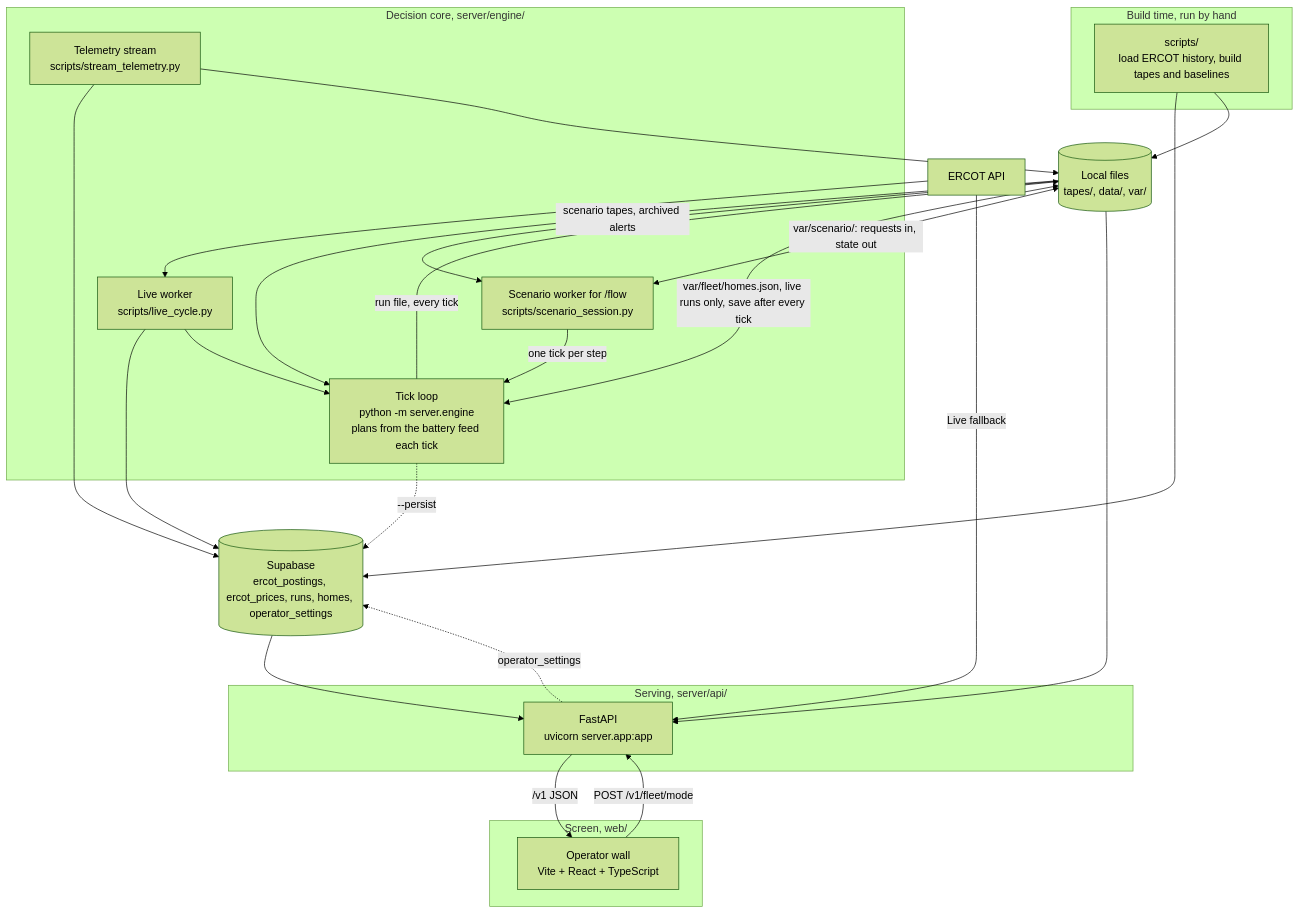
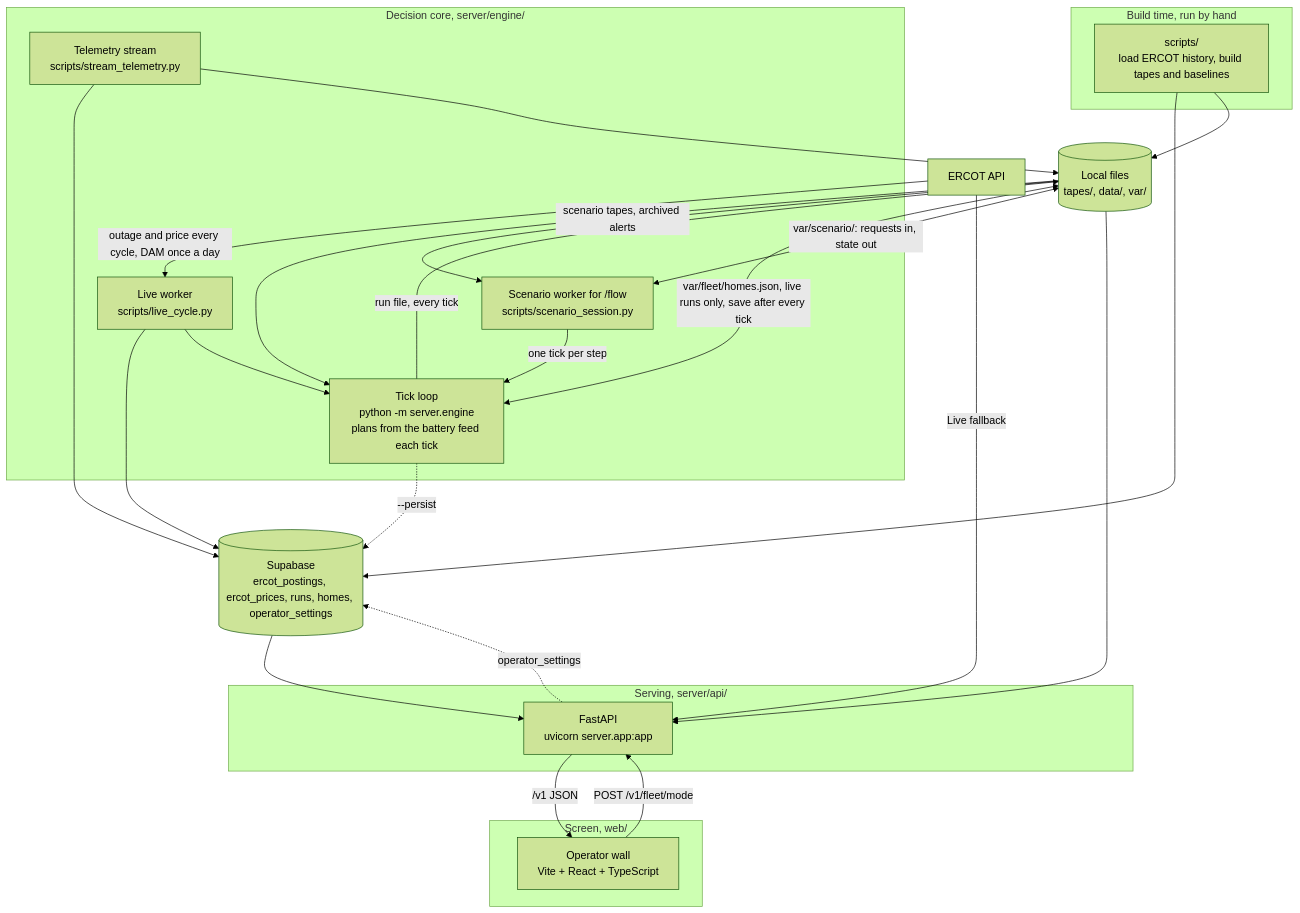
One commit to yeruvamaheswar/storm-prep-signal changed the second of 3 diagrams in docs/agents/system-design.md. Above: the diagram before and after it, drawn with Mermaid (forest theme). The commit also changed other lines of this file and 97 other files, not shown here.

First line of the commit message:
Charge in the cheapest ERCOT day-ahead hours; retire JEV

````diff
--- a/docs/agents/system-design.md
+++ b/docs/agents/system-design.md
@@ -72,46 +71,46 @@
 ```mermaid
 flowchart TB
   subgraph offline["Build time, run by hand"]
     SCRIPTS["scripts/<br/>load ERCOT history, build tapes and baselines"]
   end
 
   subgraph core["Decision core, server/engine/"]
     ENGINE["Tick loop<br/>python -m server.engine<br/>plans from the battery feed each tick"]
     WORKER["Live worker<br/>scripts/live_cycle.py"]
     STREAM["Telemetry stream<br/>scripts/stream_telemetry.py"]
     SESSION["Scenario worker for /flow<br/>scripts/scenario_session.py"]
   end
 
   subgraph serve["Serving, server/api/"]
     API["FastAPI<br/>uvicorn server.app:app"]
   end
 
   subgraph ui["Screen, web/"]
     WALL["Operator wall<br/>Vite + React + TypeScript"]
   end
 
   FILES[("Local files<br/>tapes/, data/, var/")]
   SB[("Supabase<br/>ercot_postings, ercot_prices, runs, homes, operator_settings")]
   ERCOT["ERCOT API"]
 
   SCRIPTS --> SB
   SCRIPTS --> FILES
   FILES --> ENGINE
-  ERCOT --> WORKER
+  ERCOT -->|"outage and price every cycle, DAM once a day"| WORKER
   WORKER --> SB
   WORKER --> ENGINE
   STREAM --> SB
   STREAM --> FILES
   FILES -->|"scenario tapes, archived alerts"| SESSION
   SESSION -->|"one tick per step"| ENGINE
   SESSION <-->|"var/scenario/: requests in, state out"| FILES
   ENGINE -->|"run file, every tick"| FILES
   ENGINE <-->|"var/fleet/homes.json, live runs only, save after every tick"| FILES
   ENGINE -.->|"--persist"| SB
   FILES --> API
   SB --> API
   ERCOT -->|"Live fallback"| API
   API -->|"/v1 JSON"| WALL
   WALL -->|"POST /v1/fleet/mode"| API
   API -.->|"operator_settings"| SB
 ```
````
